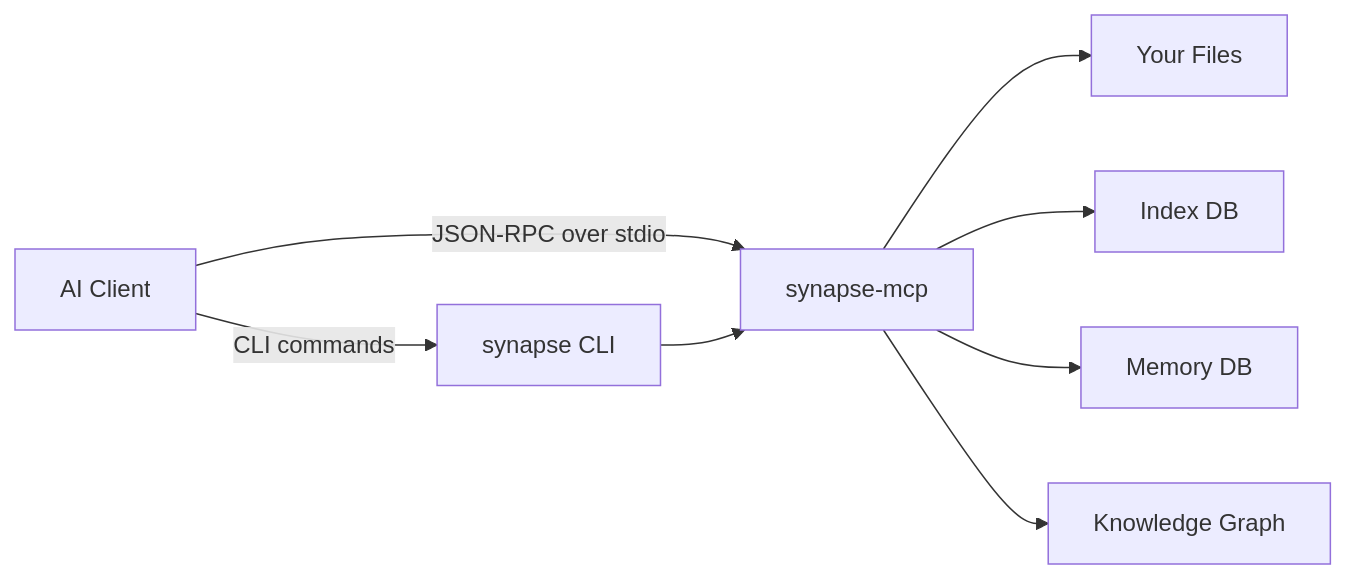
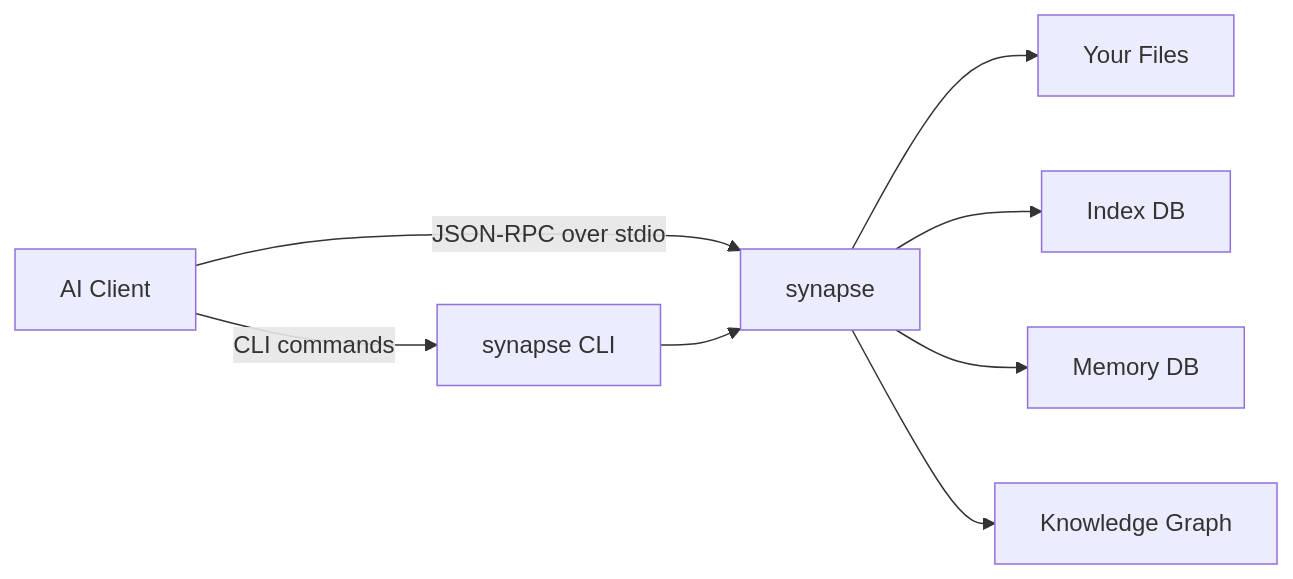
The first of 9 diagrams in synapse-docs/docs/architecture.md (TheJenilDGohel/Synapse), drawn with Mermaid before and after one commit. The commit also changed 214 other files, not shown here.

````diff
--- a/synapse-docs/docs/architecture.md
+++ b/synapse-docs/docs/architecture.md
@@ -37,10 +37,10 @@
 ```mermaid
 flowchart LR
-    A["AI Client"] -->|JSON-RPC over stdio| B["synapse-mcp"]
+    A["AI Client"] -->|JSON-RPC over stdio| B["synapse"]
     B --> C["Your Files"]
     B --> D["Index DB"]
     B --> E["Memory DB"]
     B --> F["Knowledge Graph"]
     A -->|CLI commands| G["synapse CLI"]
     G --> B
 ```
````
